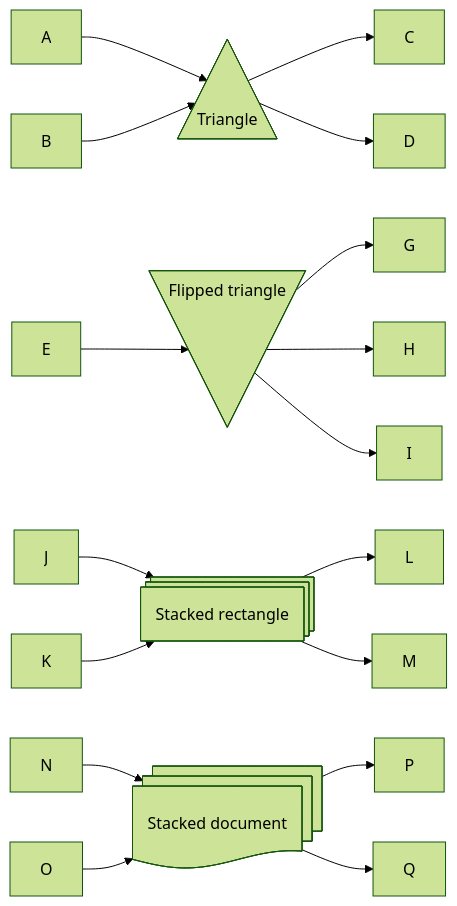
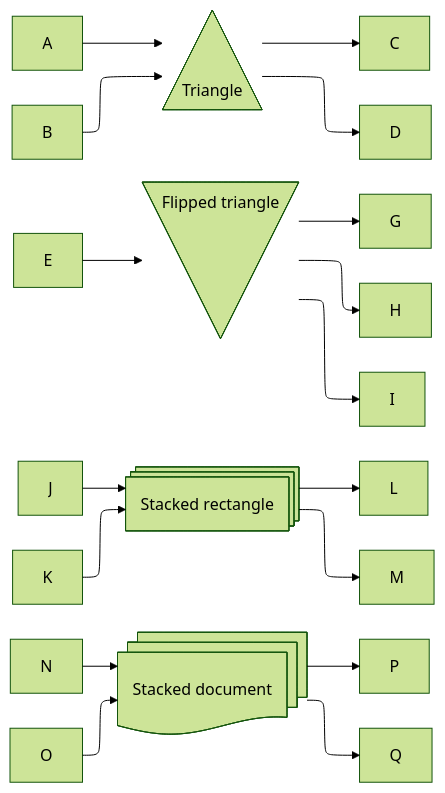
One commit to mermaid-js/mermaid-v13 changed the diagram in e2e/diagrams/flowchart/visual-check/triangle-and-stack-edges.mmd. Above: the diagram before and after it, drawn with Mermaid (forest theme).

Commit message:
test(flowchart): render the triangle and stack edges fixture with ELK
The visual-check fixture now sets `layout: elk` in its front matter, so the
tri, flip-tri and stacked shapes are also checked with edges routed by ELK.
flowchart-shape-ends.spec.ts reads this fixture and still passes.

```diff
--- a/e2e/diagrams/flowchart/visual-check/triangle-and-stack-edges.mmd
+++ b/e2e/diagrams/flowchart/visual-check/triangle-and-stack-edges.mmd
@@ -1,20 +1,22 @@
 ---
 description: tri, flip-tri, stacked rectangle and stacked document with several edges each (#395, #403); every edge ends on the outline
+config:
+  layout: elk
 ---
 flowchart LR
   a[A] --> t@{ shape: tri, label: "Triangle" }
   b[B] --> t
   t --> c[C]
   t --> d[D]
   e[E] --> f@{ shape: flip-tri, label: "Flipped triangle" }
   f --> g[G]
   f --> h[H]
   f --> i[I]
   j[J] --> s@{ shape: procs, label: "Stacked rectangle" }
   k[K] --> s
   s --> l[L]
   s --> m[M]
   n[N] --> u@{ shape: docs, label: "Stacked document" }
   o[O] --> u
   u --> p[P]
   u --> q[Q]
```
